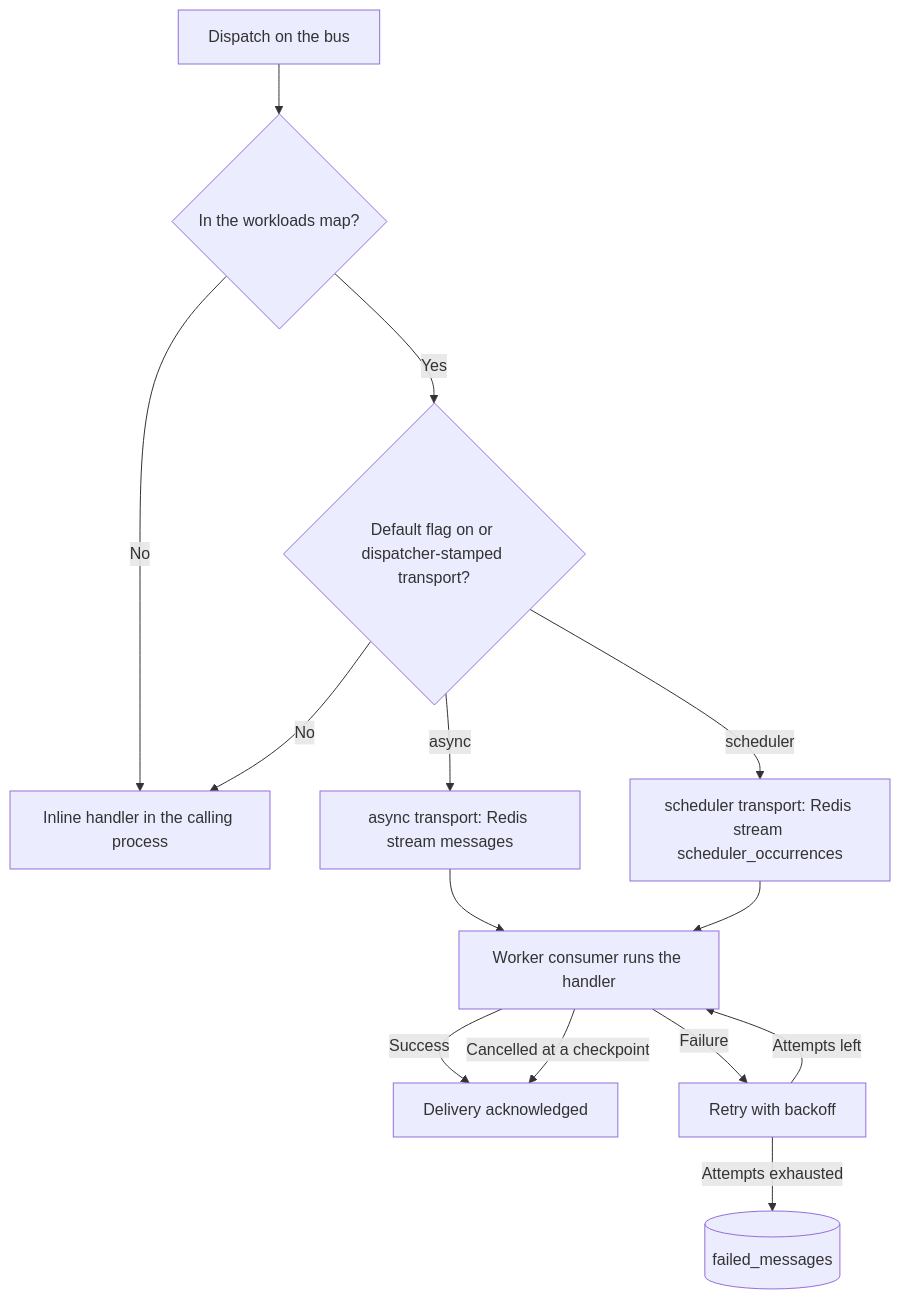
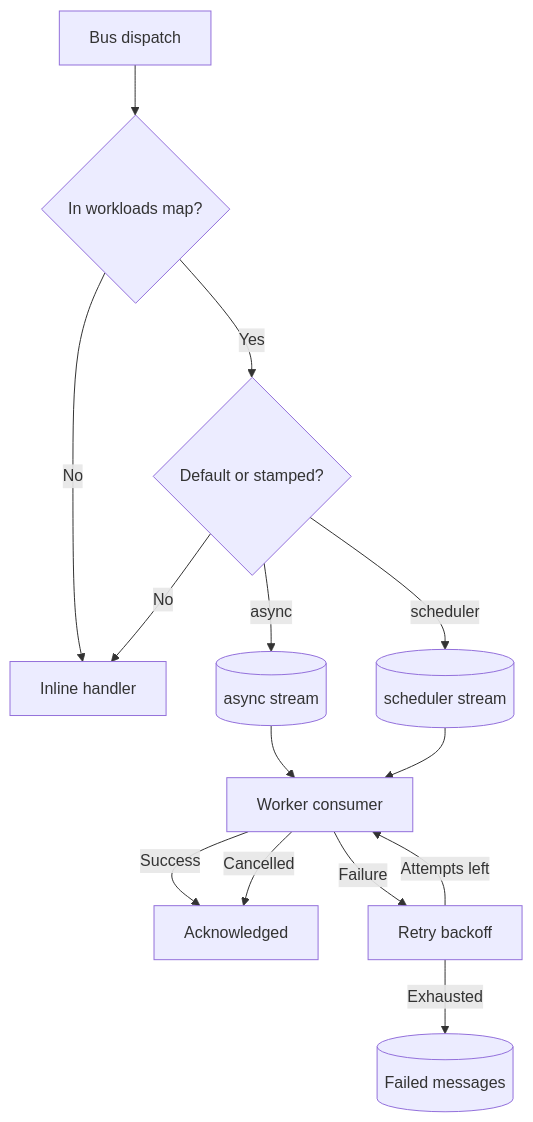
The diagram in docs-book/part-2-developer-guide/development/cqrs-and-messaging.md (baander-app/baander), drawn with Mermaid before and after one commit. The commit also changed 5 other files, not shown here.

Commit message:
docs: shorten Mermaid node and edge labels for readability

````diff
--- a/docs-book/part-2-developer-guide/development/cqrs-and-messaging.md
+++ b/docs-book/part-2-developer-guide/development/cqrs-and-messaging.md
@@ -135,18 +135,18 @@
 ```mermaid
 flowchart TB
     accTitle: Routing a dispatched message
     accDescr: The bus checks the workloads map and the message's default flag or the dispatcher's transport stamp. An unrouted message runs inline in the calling process. A routed message enters the async or scheduler Redis stream, where a worker consumer runs the handler. A failed handler is retried with backoff until its attempts run out, then the message is stored in the failed_messages table. A job cancelled at a checkpoint is acknowledged without retry.
-    dispatch[Dispatch on the bus] --> listed{In the workloads map?}
-    listed -->|No| inline[Inline handler in the calling process]
-    listed -->|Yes| selected{Default flag on or dispatcher-stamped transport?}
+    dispatch[Bus dispatch] --> listed{In workloads map?}
+    listed -->|No| inline[Inline handler]
+    listed -->|Yes| selected{Default or stamped?}
     selected -->|No| inline
-    selected -->|async| async["async transport: Redis stream messages"]
-    selected -->|scheduler| scheduler["scheduler transport: Redis stream scheduler_occurrences"]
-    async --> consumer[Worker consumer runs the handler]
+    selected -->|async| async[(async stream)]
+    selected -->|scheduler| scheduler[(scheduler stream)]
+    async --> consumer[Worker consumer]
     scheduler --> consumer
-    consumer -->|Success| acked[Delivery acknowledged]
-    consumer -->|Cancelled at a checkpoint| acked
-    consumer -->|Failure| retry[Retry with backoff]
+    consumer -->|Success| acked[Acknowledged]
+    consumer -->|Cancelled| acked
+    consumer -->|Failure| retry[Retry backoff]
     retry -->|Attempts left| consumer
-    retry -->|Attempts exhausted| failed[(failed_messages)]
+    retry -->|Exhausted| failed[(Failed messages)]
 ```
````
